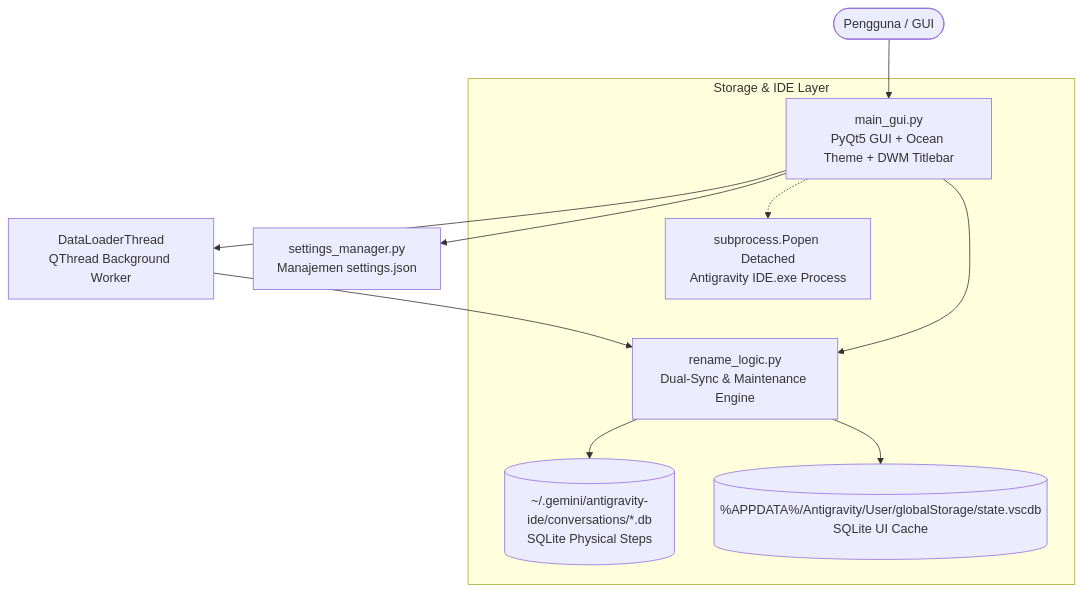
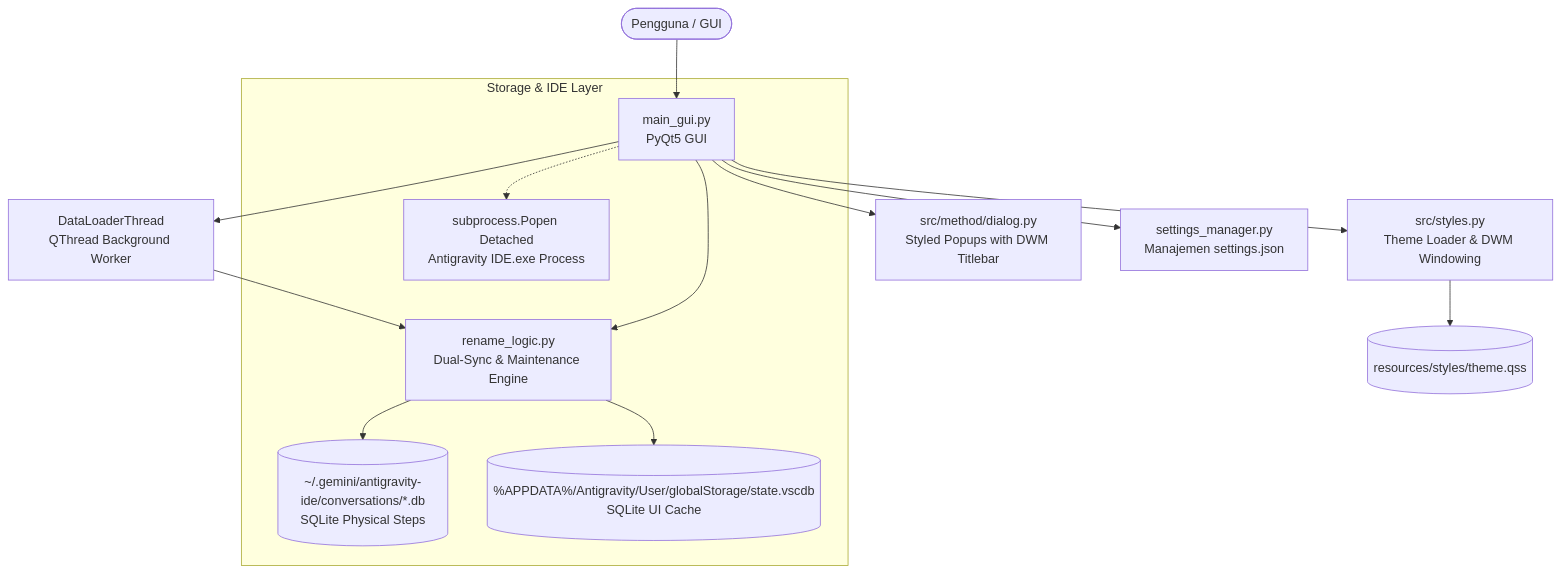
One commit to adarmawan117/rename-agi-conversation-title changed the first of 2 diagrams in .docs/ARCHITECTURE.md. Above: the diagram before and after it, drawn with Mermaid. The commit also changed other lines of this file and 7 other files, not shown here.

First line of the commit message:
Refactor: Extract dialog helper functions to src/method/dialog.py and update technical documentation

````diff
--- a/.docs/ARCHITECTURE.md
+++ b/.docs/ARCHITECTURE.md
@@ -11,14 +11,17 @@
 ```mermaid
 graph TD
-    User([Pengguna / GUI]) --> MainGUI[main_gui.py<br/>PyQt5 GUI + Ocean Theme + DWM Titlebar]
+    User([Pengguna / GUI]) --> MainGUI[main_gui.py<br/>PyQt5 GUI]
+    MainGUI --> StylesMgr[src/styles.py<br/>Theme Loader & DWM Windowing]
+    StylesMgr --> ThemeQSS[(resources/styles/theme.qss)]
+    MainGUI --> DialogHelper[src/method/dialog.py<br/>Styled Popups with DWM Titlebar]
     MainGUI --> SettingsMgr[settings_manager.py<br/>Manajemen settings.json]
     MainGUI --> DataLoader[DataLoaderThread<br/>QThread Background Worker]
     DataLoader --> RenameLogic[rename_logic.py<br/>Dual-Sync & Maintenance Engine]
     MainGUI --> RenameLogic
     
     subgraph "Storage & IDE Layer"
         RenameLogic --> ConvDB[(~/.gemini/antigravity-ide/conversations/*.db<br/>SQLite Physical Steps)]
         RenameLogic --> VscDB[(%APPDATA%/Antigravity/User/globalStorage/state.vscdb<br/>SQLite UI Cache)]
         MainGUI -.-> ProcessMgr[subprocess.Popen Detached<br/>Antigravity IDE.exe Process]
     end
 ```
````
